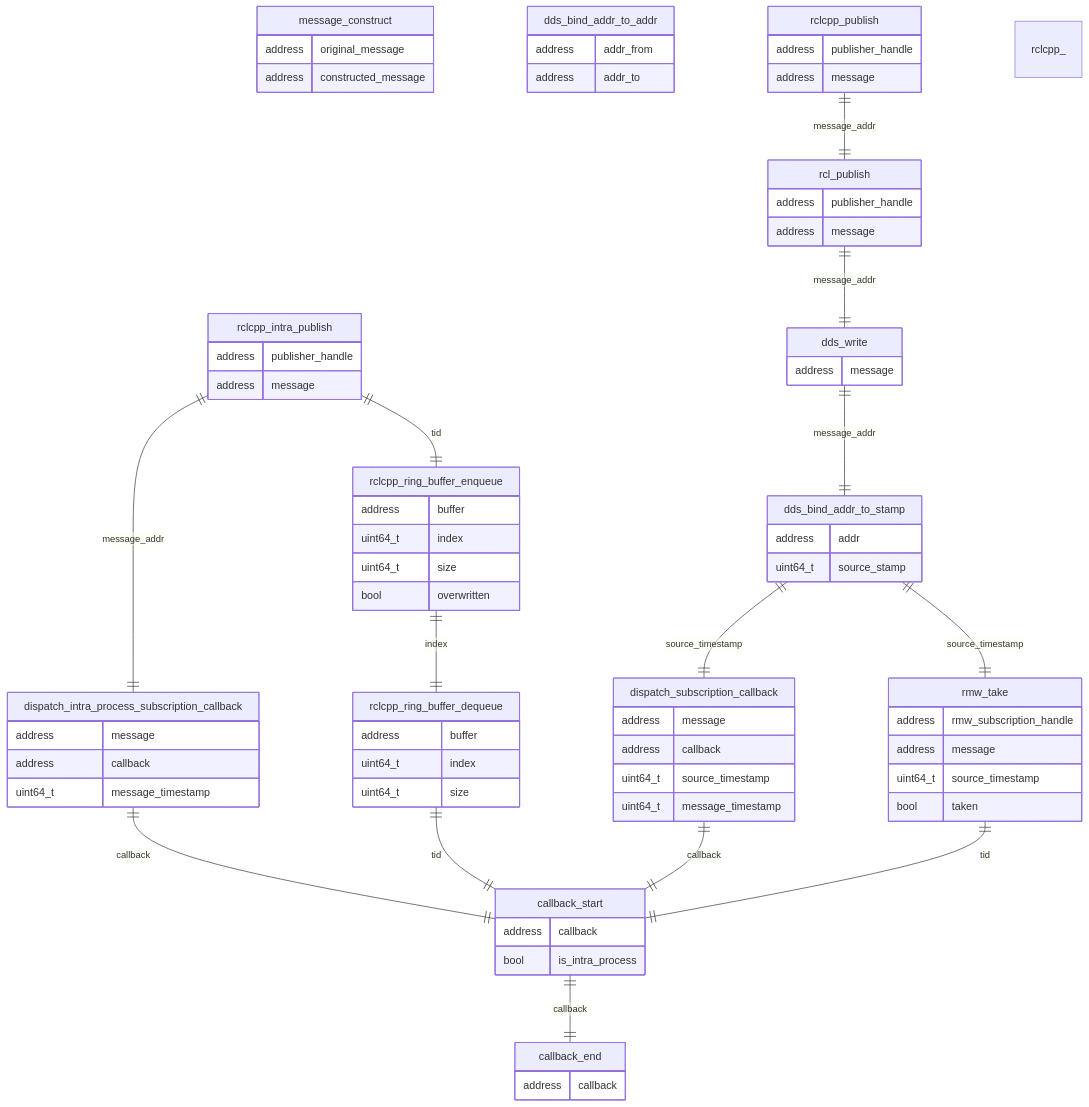
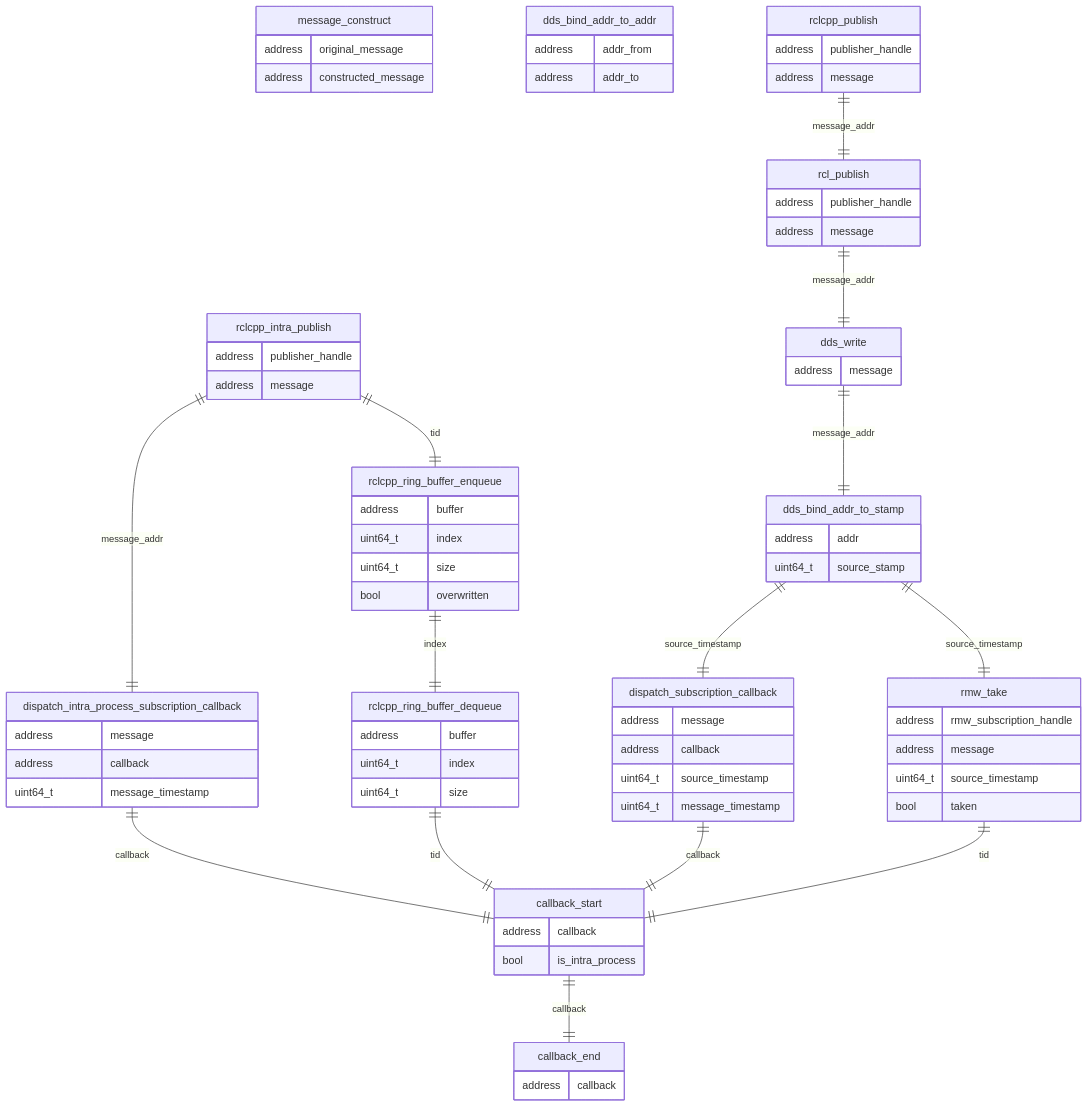
The diagram in docs/design/trace_points/runtime_trace_points.md (tier4/caret_doc), drawn with Mermaid before and after one commit.

Commit message:
fix: remove unnecessary sentences

````diff
--- a/docs/design/trace_points/runtime_trace_points.md
+++ b/docs/design/trace_points/runtime_trace_points.md
@@ -93,7 +93,6 @@
     rclcpp_intra_publish ||--|| rclcpp_ring_buffer_enqueue: tid
     rclcpp_ring_buffer_enqueue ||--|| rclcpp_ring_buffer_dequeue: index
     rclcpp_ring_buffer_dequeue ||--|| callback_start: tid
-rclcpp_
     callback_start ||--|| callback_end: callback
 
 ```
````
